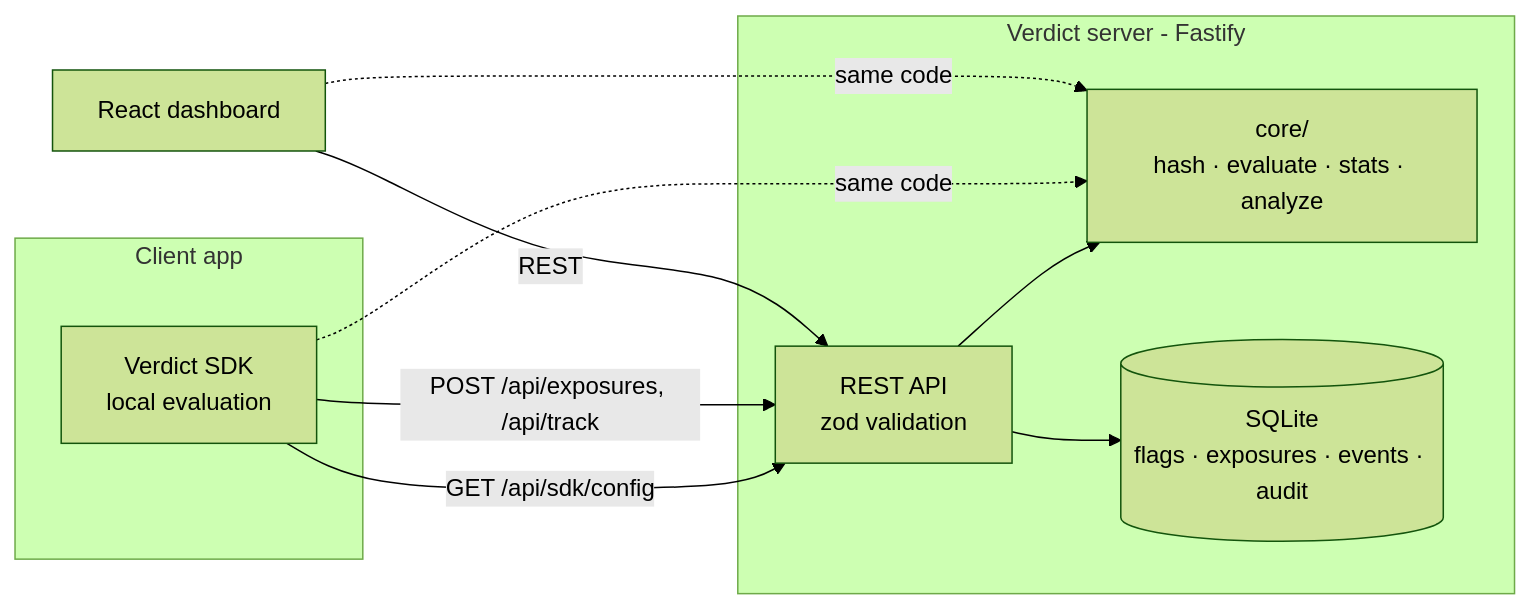
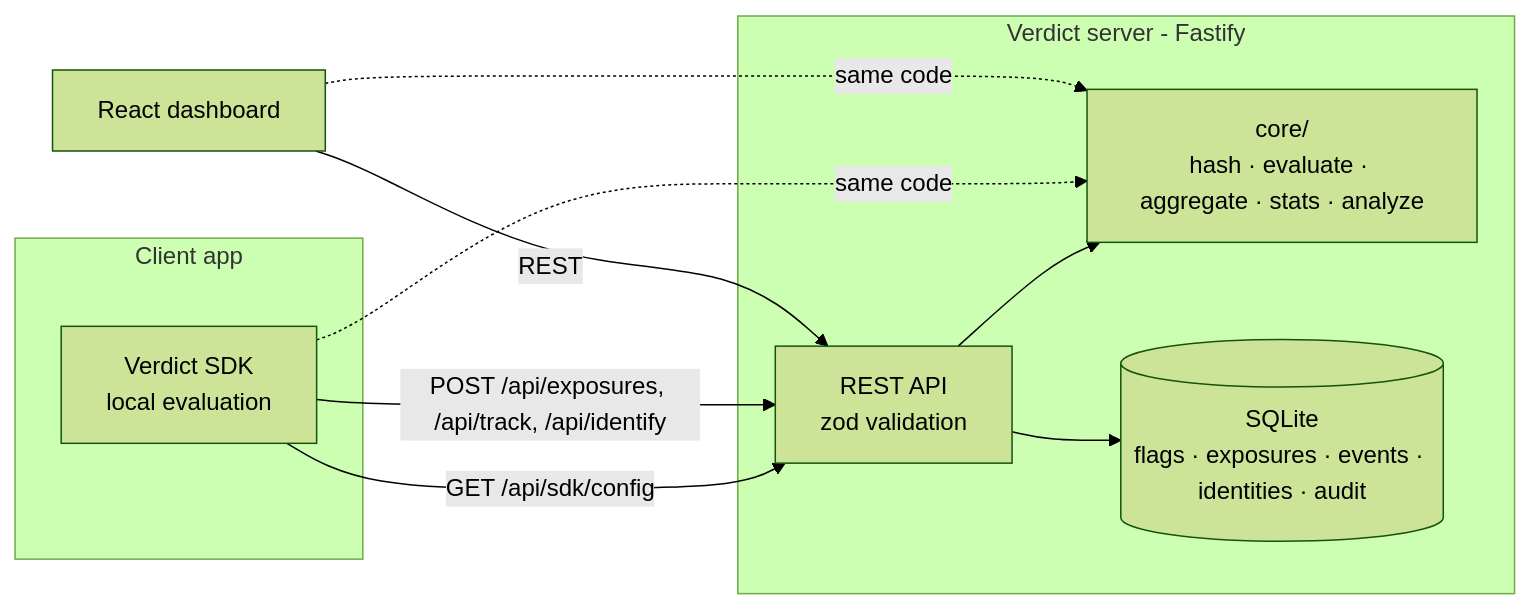
The diagram in README.md (josephfanpm/verdict), drawn with Mermaid (forest theme) before and after one commit. The commit also changed other lines of this file and 9 other files, not shown here.

````diff
--- a/README.md
+++ b/README.md
@@ -142,20 +208,20 @@
 ```mermaid
 flowchart LR
   subgraph Client app
     SDK[Verdict SDK<br/>local evaluation]
   end
   subgraph Verdict server - Fastify
     API[REST API<br/>zod validation]
-    CORE[core/<br/>hash · evaluate · stats · analyze]
-    DB[(SQLite<br/>flags · exposures · events · audit)]
+    CORE[core/<br/>hash · evaluate · aggregate · stats · analyze]
+    DB[(SQLite<br/>flags · exposures · events · identities · audit)]
   end
   UI[React dashboard]
 
   SDK -- GET /api/sdk/config --> API
-  SDK -- POST /api/exposures, /api/track --> API
+  SDK -- POST /api/exposures, /api/track, /api/identify --> API
   UI -- REST --> API
   API --> CORE
   API --> DB
   SDK -. same code .-> CORE
   UI -. same code .-> CORE
 ```
````
